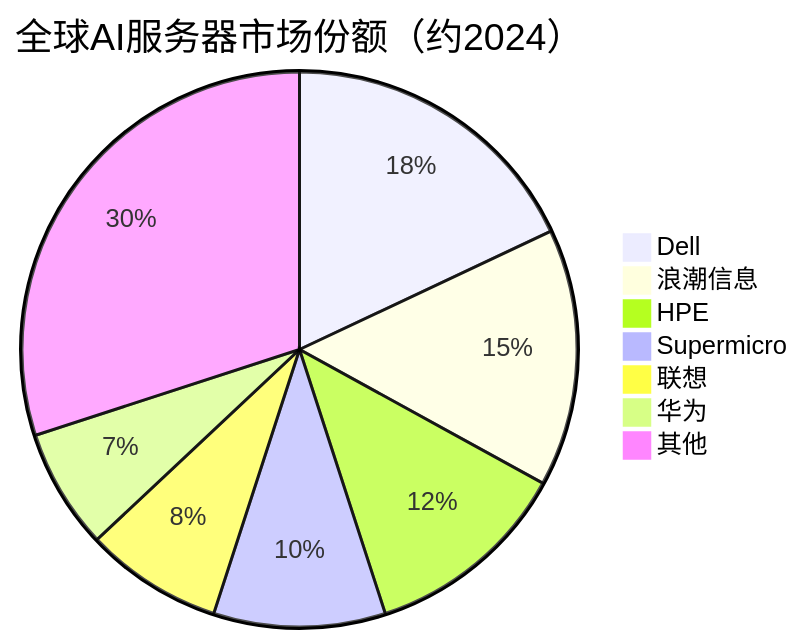
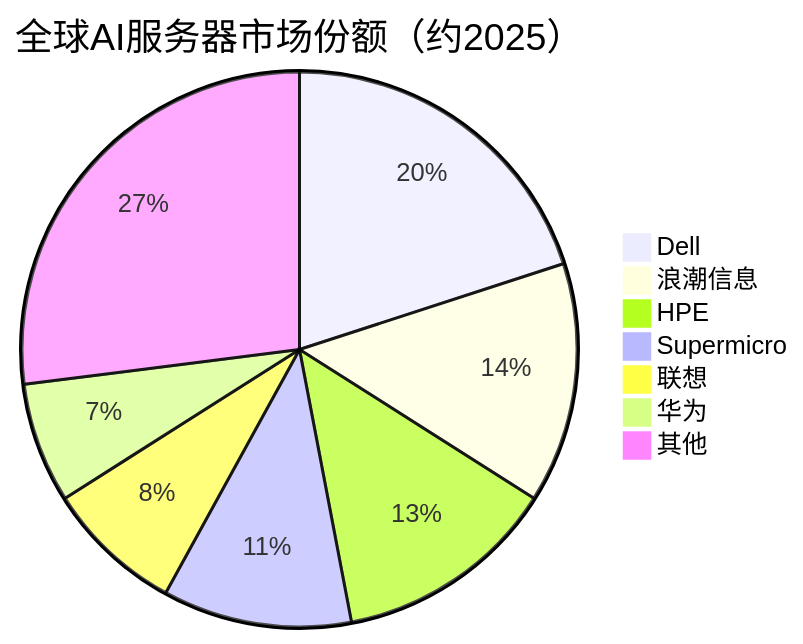
Before and after one commit to blueprint1453/industry-insight: the third of 3 diagrams in AI产业链/下游/算力硬件产品.md, drawn with Mermaid. The commit also changed other lines of this file and 78 other files, not shown here.

````diff
--- a/AI产业链/下游/算力硬件产品.md
+++ b/AI产业链/下游/算力硬件产品.md
@@ -97,10 +97,10 @@
 ```mermaid
-pie title 全球AI服务器市场份额（约2024）
-    "Dell" : 18
-    "浪潮信息" : 15
-    "HPE" : 12
-    "Supermicro" : 10
+pie title 全球AI服务器市场份额（约2025）
+    "Dell" : 20
+    "浪潮信息" : 14
+    "HPE" : 13
+    "Supermicro" : 11
     "联想" : 8
     "华为" : 7
-    "其他" : 30
+    "其他" : 27
 ```
````
